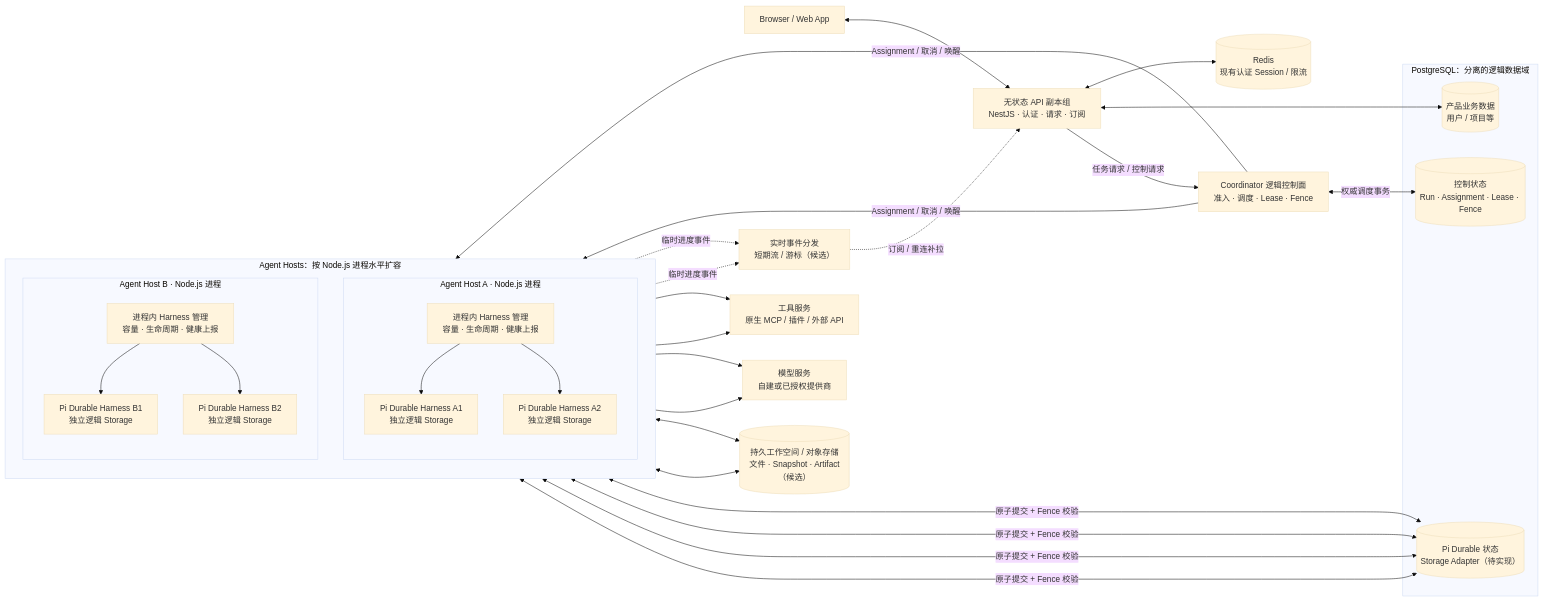
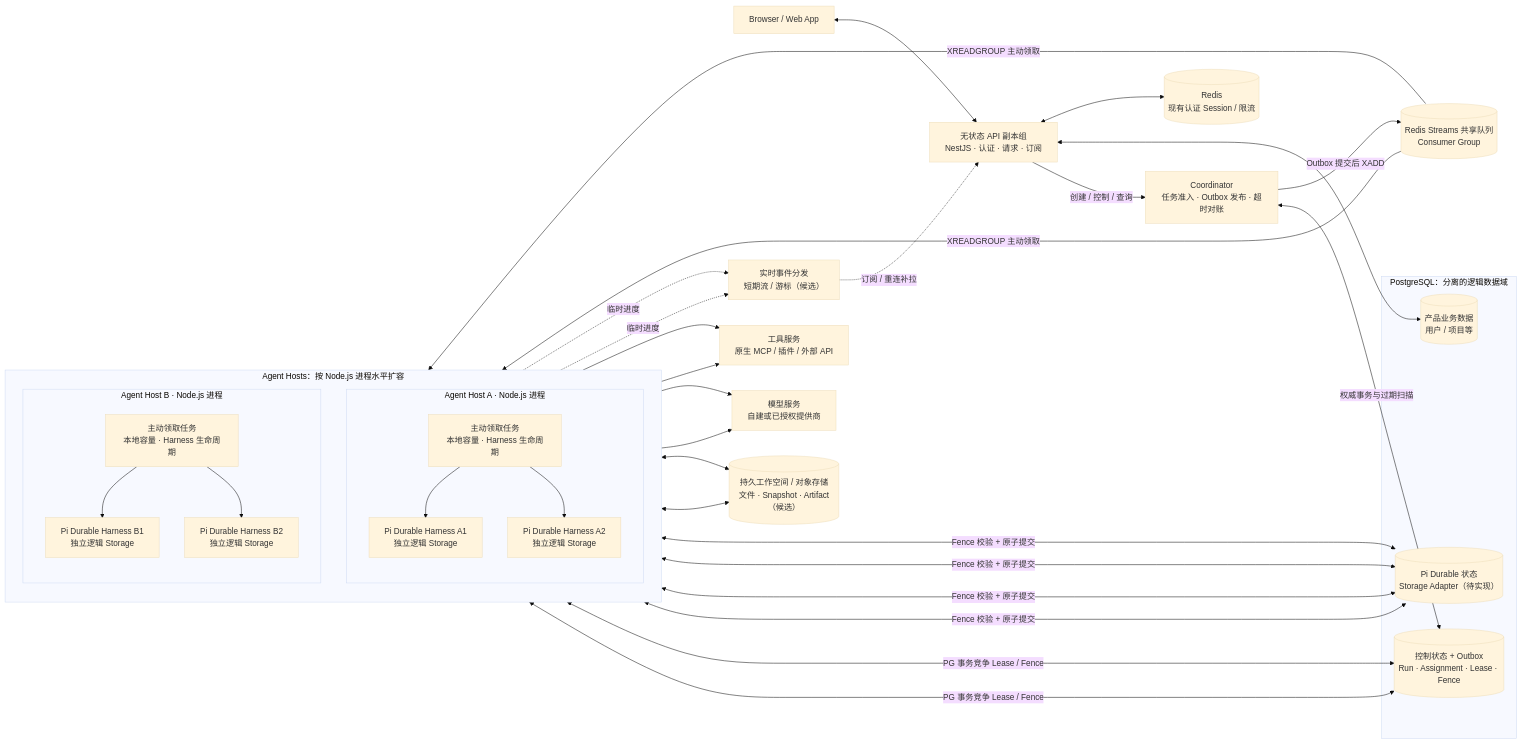
The first of 2 diagrams in docs/distributed-agent-architecture.md (trojanbox/internal-ai-platform), drawn with Mermaid (base theme) before and after one commit. The commit also changed other lines of this file, not shown here.

Commit message:
docs: adopt Redis Streams competing-consumer task scheduling

```diff
--- a/docs/distributed-agent-architecture.md
+++ b/docs/distributed-agent-architecture.md
@@ -31,59 +34,63 @@
 ~~~mermaid
 flowchart LR
     WEB["Browser / Web App"]
     API["无状态 API 副本组<br/>NestJS · 认证 · 请求 · 订阅"]
-    CO["Coordinator 逻辑控制面<br/>准入 · 调度 · Lease · Fence"]
+    CO["Coordinator<br/>任务准入 · Outbox 发布 · 超时对账"]
     RT["实时事件分发<br/>短期流 / 游标（候选）"]
     AUTH[("Redis<br/>现有认证 Session / 限流")]
+    STREAM[("Redis Streams 共享队列<br/>Consumer Group")]
+
+    subgraph PG["PostgreSQL：分离的逻辑数据域"]
+        CTRL[("控制状态 + Outbox<br/>Run · Assignment · Lease · Fence")]
+        DUR[("Pi Durable 状态<br/>Storage Adapter（待实现）")]
+        BIZ[("产品业务数据<br/>用户 / 项目等")]
+    end
 
     subgraph HOSTS["Agent Hosts：按 Node.js 进程水平扩容"]
         direction TB
         subgraph HOST_A["Agent Host A · Node.js 进程"]
             direction TB
-            HA["进程内 Harness 管理<br/>容量 · 生命周期 · 健康上报"]
+            HA["主动领取任务<br/>本地容量 · Harness 生命周期"]
             A1["Pi Durable Harness A1<br/>独立逻辑 Storage"]
             A2["Pi Durable Harness A2<br/>独立逻辑 Storage"]
             HA --> A1
             HA --> A2
         end
         subgraph HOST_B["Agent Host B · Node.js 进程"]
             direction TB
-            HB["进程内 Harness 管理<br/>容量 · 生命周期 · 健康上报"]
+            HB["主动领取任务<br/>本地容量 · Harness 生命周期"]
             B1["Pi Durable Harness B1<br/>独立逻辑 Storage"]
             B2["Pi Durable Harness B2<br/>独立逻辑 Storage"]
             HB --> B1
             HB --> B2
         end
     end
 
-    subgraph PG["PostgreSQL：分离的逻辑数据域"]
-        CTRL[("控制状态<br/>Run · Assignment · Lease · Fence")]
-        DUR[("Pi Durable 状态<br/>Storage Adapter（待实现）")]
-        BIZ[("产品业务数据<br/>用户 / 项目等")]
-    end
-
     FILES[("持久工作空间 / 对象存储<br/>文件 · Snapshot · Artifact（候选）")]
     MODELS["模型服务<br/>自建或已授权提供商"]
     TOOLS["工具服务<br/>原生 MCP / 插件 / 外部 API"]
 
     WEB <--> API
-    API -->|"任务请求 / 控制请求"| CO
+    API -->|"创建 / 控制 / 查询"| CO
     API <--> BIZ
     API <--> AUTH
-    CO <-->|"权威调度事务"| CTRL
-    CO -->|"Assignment / 取消 / 唤醒"| HA
-    CO -->|"Assignment / 取消 / 唤醒"| HB
-    A1 <-->|"原子提交 + Fence 校验"| DUR
-    A2 <-->|"原子提交 + Fence 校验"| DUR
-    B1 <-->|"原子提交 + Fence 校验"| DUR
-    B2 <-->|"原子提交 + Fence 校验"| DUR
+    CO <-->|"权威事务与过期扫描"| CTRL
+    CO -->|"Outbox 提交后 XADD"| STREAM
+    STREAM -->|"XREADGROUP 主动领取"| HA
+    STREAM -->|"XREADGROUP 主动领取"| HB
+    HA <-->|"PG 事务竞争 Lease / Fence"| CTRL
+    HB <-->|"PG 事务竞争 Lease / Fence"| CTRL
+    A1 <-->|"Fence 校验 + 原子提交"| DUR
+    A2 <-->|"Fence 校验 + 原子提交"| DUR
+    B1 <-->|"Fence 校验 + 原子提交"| DUR
+    B2 <-->|"Fence 校验 + 原子提交"| DUR
     A1 <--> FILES
     B1 <--> FILES
     A1 --> MODELS
     B1 --> MODELS
     A1 --> TOOLS
     B1 --> TOOLS
-    A1 -.->|"临时进度事件"| RT
-    B1 -.->|"临时进度事件"| RT
+    A1 -.->|"临时进度"| RT
+    B1 -.->|"临时进度"| RT
     RT -.->|"订阅 / 重连补拉"| API
 ~~~
```
